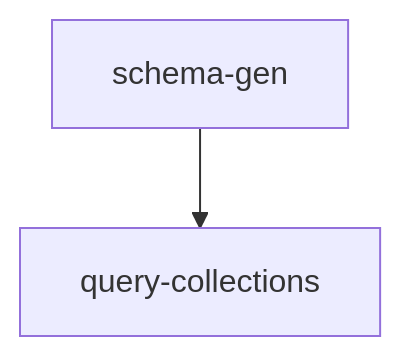
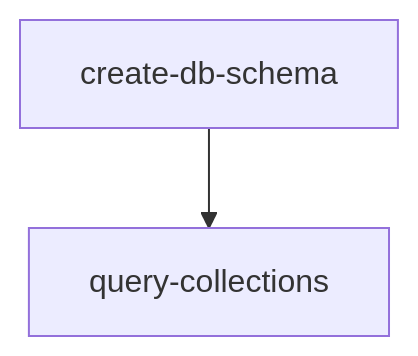
Before and after one commit to ragdotpage/plugins: the diagram in plugins/schema0/skills/query-collections/SKILL.md, drawn with Mermaid. The commit also changed other lines of this file and 20 other files, not shown here.

Commit message:
rename skills: schema-gen→create-db-schema, workflow-builder→build-workflow, table-customization→customize-table

````diff
--- a/plugins/schema0/skills/query-collections/SKILL.md
+++ b/plugins/schema0/skills/query-collections/SKILL.md
@@ -28,4 +28,4 @@
 ```mermaid
 flowchart TD
-    A[schema-gen] --> B[query-collections]
+    A[create-db-schema] --> B[query-collections]
 ```
````
